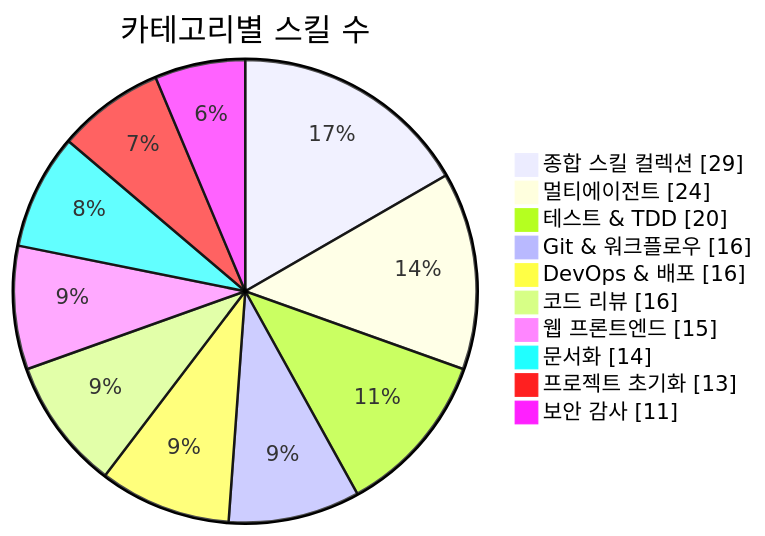
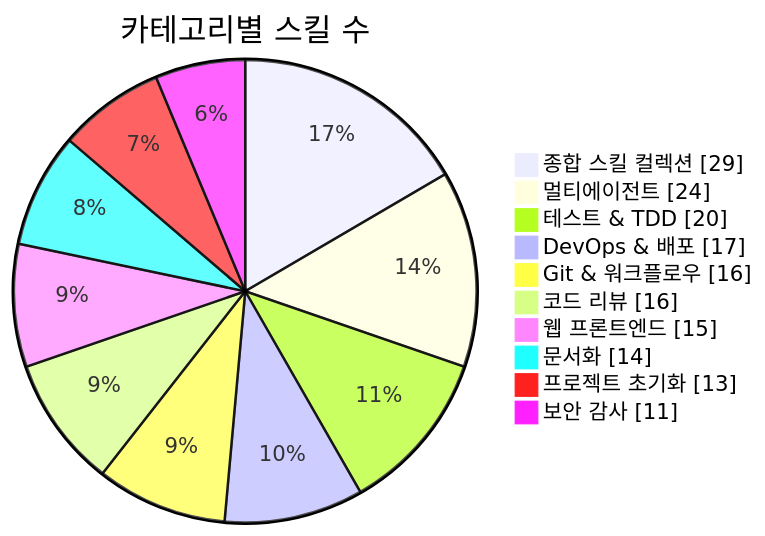
One commit to J-nowcow/awesome-korean-agent-skills changed the first of 3 diagrams in README.md. Above: the diagram before and after it, drawn with Mermaid. The commit also changed other lines of this file and 5 other files, not shown here.

````diff
--- a/README.md
+++ b/README.md
@@ -176,14 +176,14 @@
 ```mermaid
 pie showData
     title 카테고리별 스킬 수
     "종합 스킬 컬렉션" : 29
     "멀티에이전트" : 24
     "테스트 & TDD" : 20
+    "DevOps & 배포" : 17
     "Git & 워크플로우" : 16
-    "DevOps & 배포" : 16
     "코드 리뷰" : 16
     "웹 프론트엔드" : 15
     "문서화" : 14
     "프로젝트 초기화" : 13
     "보안 감사" : 11
 ```
````
